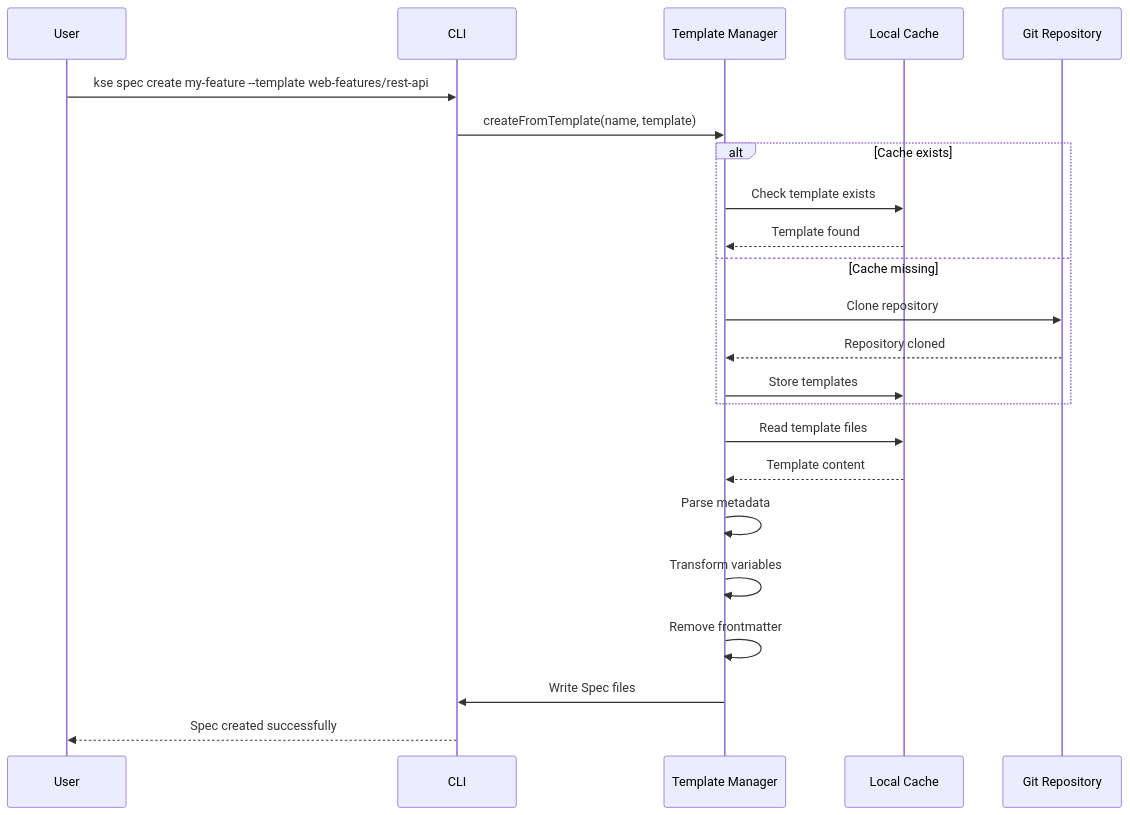
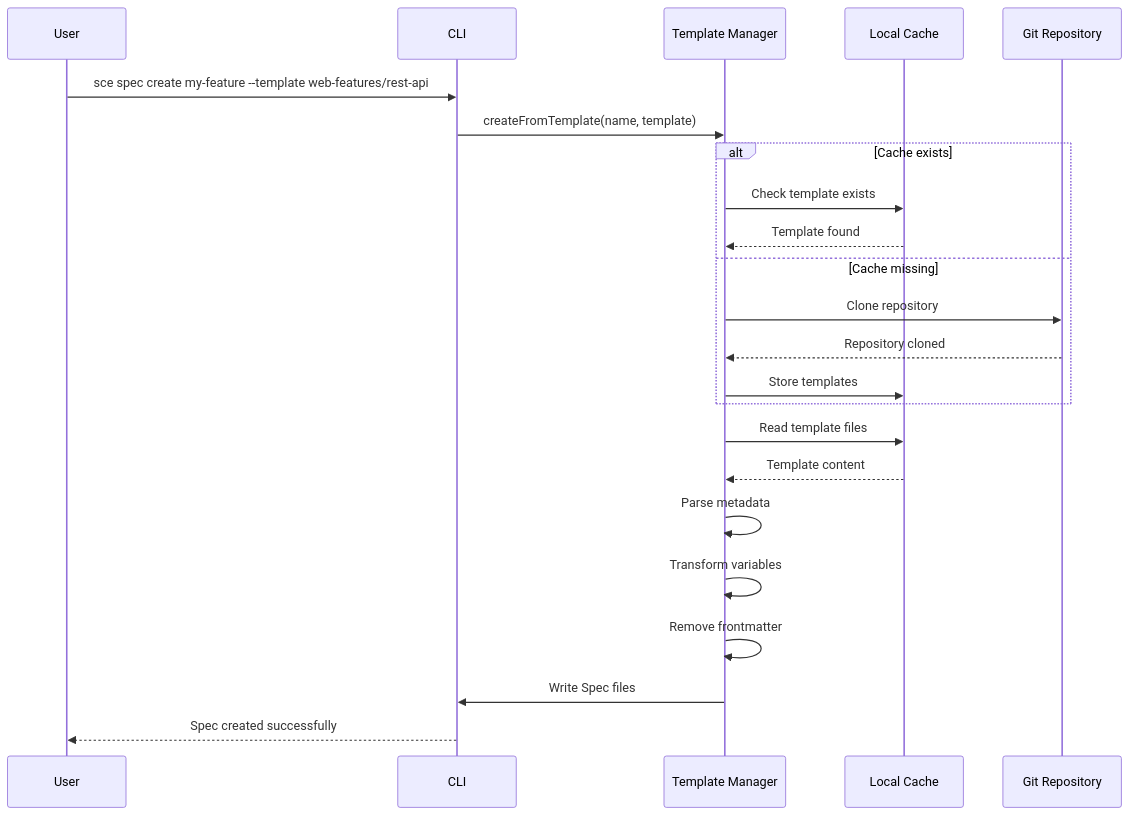
Before and after one commit to LuChangQiu/kiro-spec-engine: the second of 2 diagrams in .sce/templates/exports/spec-template-library/design.md, drawn with Mermaid. The commit also changed other lines of this file and 9 other files, not shown here.

Commit message:
refactor(scene): drop kse_version compatibility and align spec-template library to sce

````diff
--- a/.sce/templates/exports/spec-template-library/design.md
+++ b/.sce/templates/exports/spec-template-library/design.md
@@ -51,30 +60,30 @@
 ```mermaid
 sequenceDiagram
     participant User
     participant CLI
     participant TM as Template Manager
     participant Cache as Local Cache
     participant Git as Git Repository
     
-    User->>CLI: kse spec create my-feature --template web-features/rest-api
+    User->>CLI: sce spec create my-feature --template web-features/rest-api
     CLI->>TM: createFromTemplate(name, template)
     
     alt Cache exists
         TM->>Cache: Check template exists
         Cache-->>TM: Template found
     else Cache missing
         TM->>Git: Clone repository
         Git-->>TM: Repository cloned
         TM->>Cache: Store templates
     end
     
     TM->>Cache: Read template files
     Cache-->>TM: Template content
     
     TM->>TM: Parse metadata
     TM->>TM: Transform variables
     TM->>TM: Remove frontmatter
     
     TM->>CLI: Write Spec files
     CLI-->>User: Spec created successfully
 ```
````
